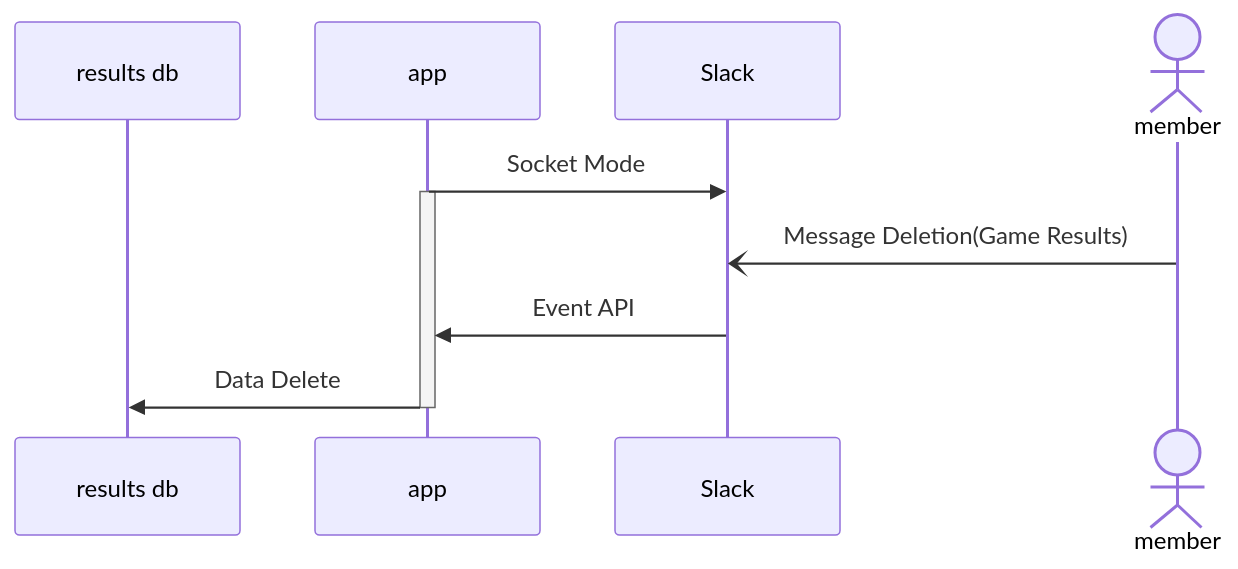
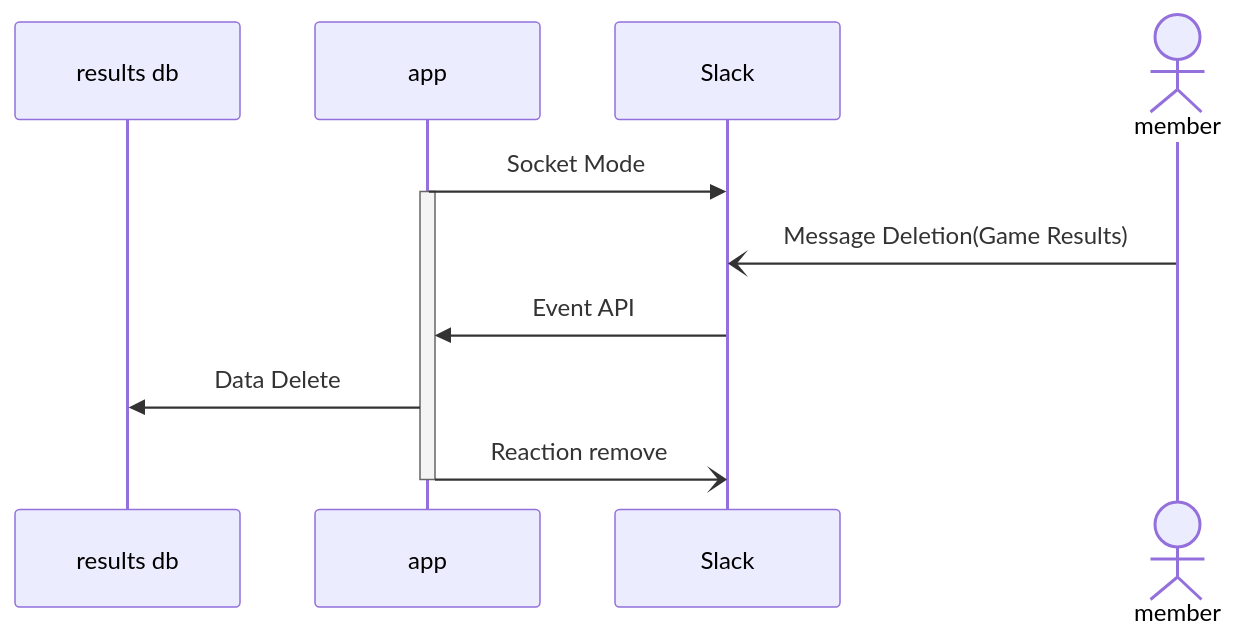
The third of 4 diagrams in docs/architecture.md (togakushi/slack-mahjong-score-management), drawn with Mermaid before and after one commit. The commit also changed other lines of this file, not shown here.

````diff
--- a/docs/architecture.md
+++ b/docs/architecture.md
@@ -43,14 +43,15 @@
 ```mermaid
 sequenceDiagram
     participant results db
     participant app
     participant Slack
     actor member
 
     app->>Slack: Socket Mode
     activate app
     member-)Slack: Message Deletion(Game Results)
     Slack->>app: Event API
     app->>results db: Data Delete
+    app-)Slack: Reaction remove
     deactivate app
 ```
````
